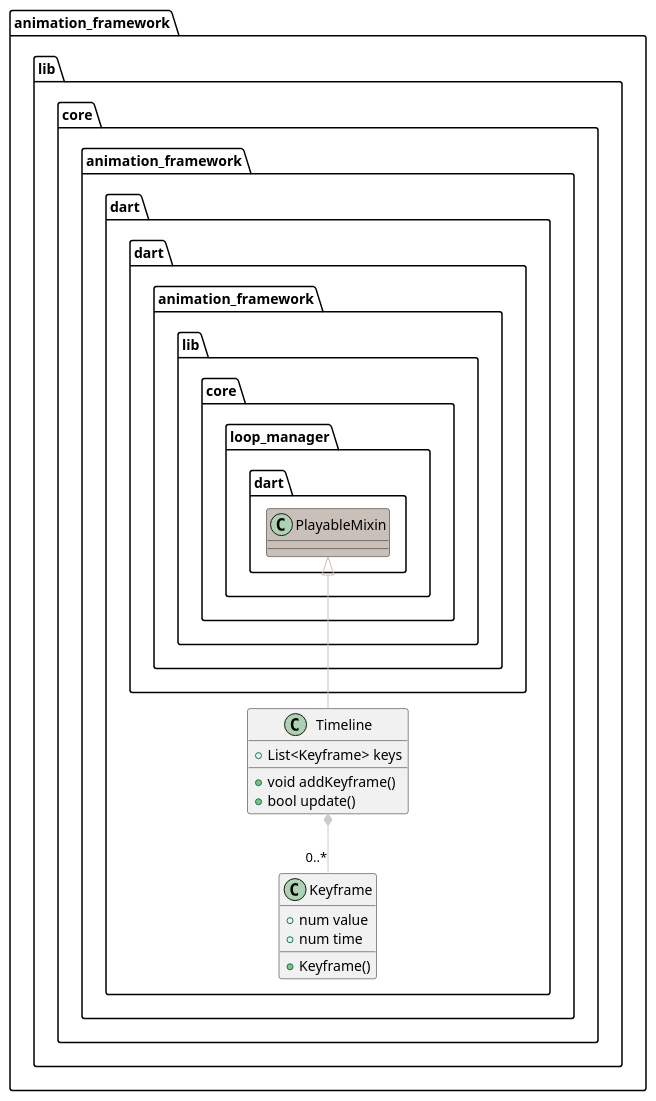
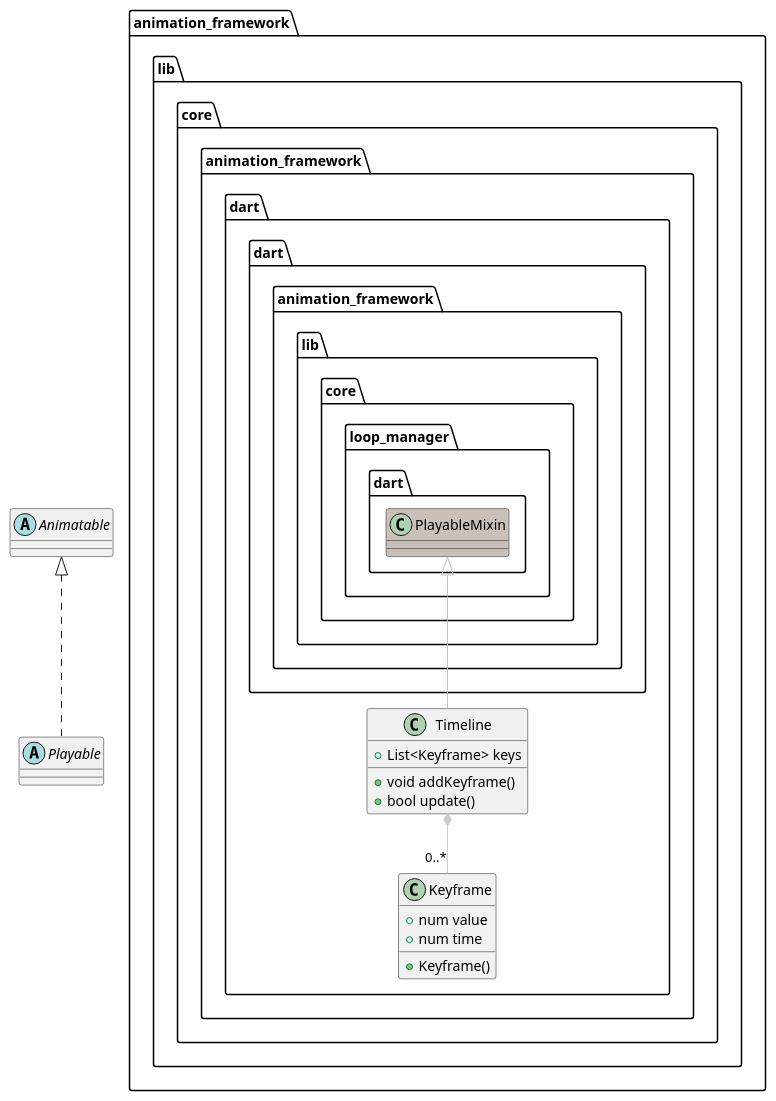
The diagram in doc/animation_framework.dart.puml (jox81/anime_engine), drawn with PlantUML before and after one commit. The commit also changed 2 other files, not shown here.

```diff
--- a/doc/animation_framework.dart.puml
+++ b/doc/animation_framework.dart.puml
@@ -2,22 +2,28 @@
 @startuml
 namespace animation_framework.lib.core.animation_framework.dart {
 dart.animation_framework.lib.core.loop_manager.dart.PlayableMixin <|-- Timeline #c9c0ba
 class Timeline {
  + List<Keyframe> keys
  + void addKeyframe()
  + bool update()
 }
 Timeline *-- "0..*" Keyframe #CCC
 
 class Keyframe {
  + num value
  + num time
  + Keyframe()
 }
 
 }
 namespace animation_framework.lib.core.animation_framework.dart {
 class dart.animation_framework.lib.core.loop_manager.dart.PlayableMixin #c9c0ba{
 }
 }
+
+abstract class Animatable
+abstract class Playable
+
+Animatable <|.. Playable
+
 @enduml
```
